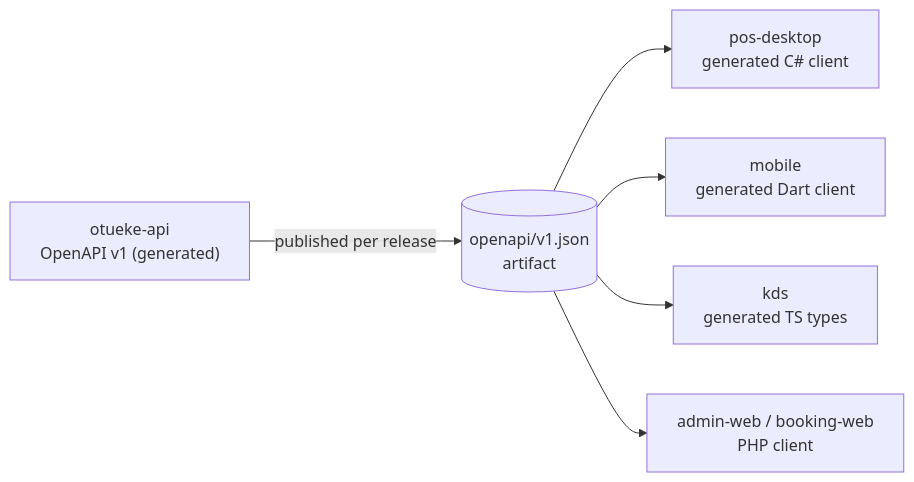
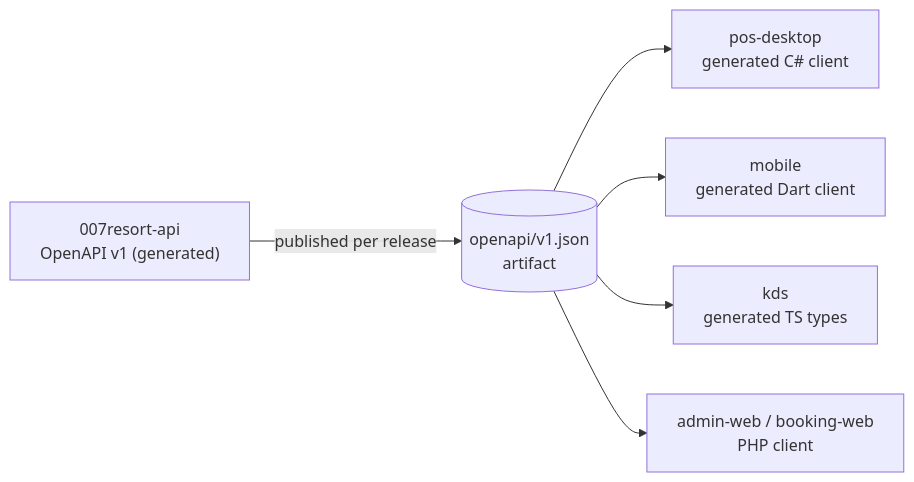
Before and after one commit to prinzderick/007resort-docs: the diagram in architecture/02-repository-map.md, drawn with Mermaid. The commit also changed other lines of this file and 33 other files, not shown here.

First line of the commit message:
chore: rename project from Otueke to 007 Resort & Spa (R007)

````diff
--- a/architecture/02-repository-map.md
+++ b/architecture/02-repository-map.md
@@ -18,8 +18,8 @@
 ```mermaid
 flowchart LR
-  API["otueke-api<br/>OpenAPI v1 (generated)"] -->|published per release| SPEC[(openapi/v1.json<br/>artifact)]
+  API["007resort-api<br/>OpenAPI v1 (generated)"] -->|published per release| SPEC[(openapi/v1.json<br/>artifact)]
   SPEC --> POS[pos-desktop<br/>generated C# client]
   SPEC --> MOB[mobile<br/>generated Dart client]
   SPEC --> KDS[kds<br/>generated TS types]
   SPEC --> PHP[admin-web / booking-web<br/>PHP client]
 ```
````
